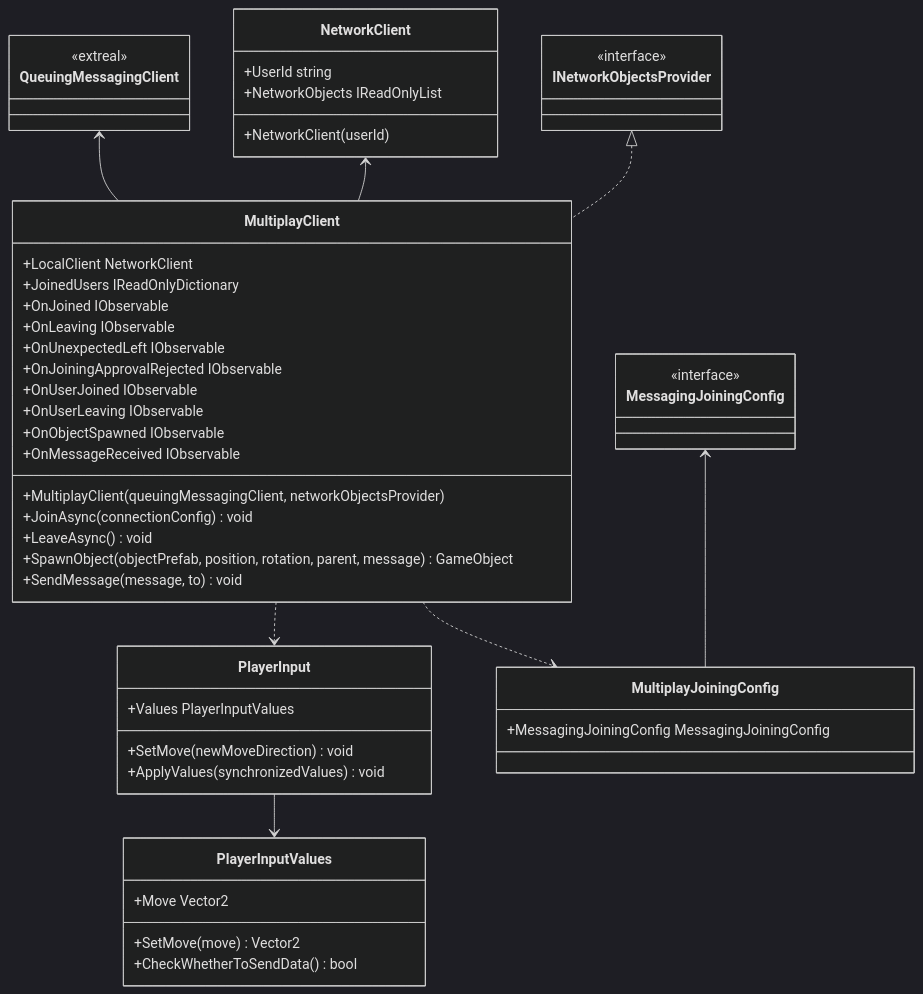
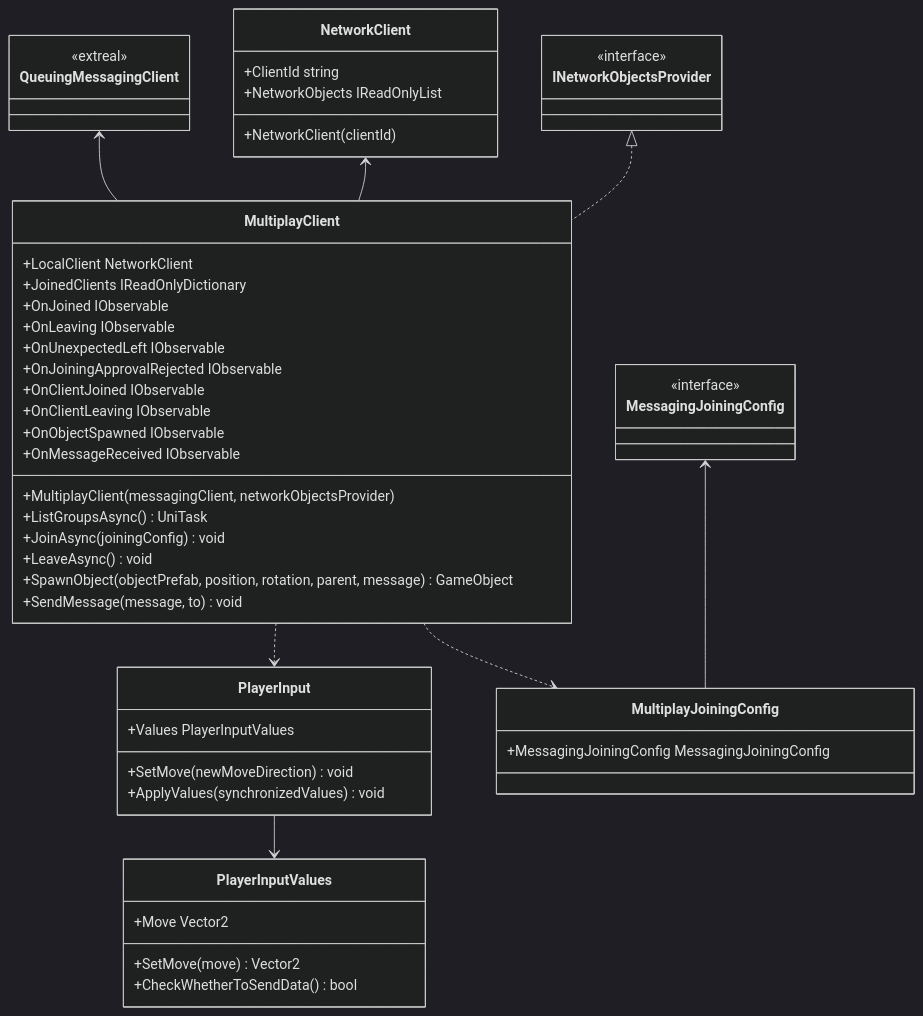
Before and after one commit to extreal-dev/Extreal.Guide: the diagram in docs/integration/multiplay.messaging.md, drawn with Mermaid (dark theme).

Commit message:
Modify "Architecture" in Multiplay

````diff
--- a/docs/integration/multiplay.messaging.md
+++ b/docs/integration/multiplay.messaging.md
@@ -29,66 +29,67 @@
 ```mermaid
 classDiagram
     MultiplayClient ..> PlayerInput
     MultiplayClient ..> MultiplayJoiningConfig
 
     QueuingMessagingClient <-- MultiplayClient
     NetworkClient <-- MultiplayClient
     MessagingJoiningConfig <-- MultiplayJoiningConfig
     INetworkObjectsProvider <|.. MultiplayClient
 
     PlayerInput --> PlayerInputValues
 
     class MultiplayClient {
         +LocalClient NetworkClient
-        +JoinedUsers IReadOnlyDictionary
+        +JoinedClients IReadOnlyDictionary
 
         +OnJoined IObservable
         +OnLeaving IObservable
         +OnUnexpectedLeft IObservable
         +OnJoiningApprovalRejected IObservable
-        +OnUserJoined IObservable
-        +OnUserLeaving IObservable
+        +OnClientJoined IObservable
+        +OnClientLeaving IObservable
         +OnObjectSpawned IObservable
         +OnMessageReceived IObservable
 
-        +MultiplayClient(queuingMessagingClient, networkObjectsProvider)
-        +JoinAsync(connectionConfig) void
+        +MultiplayClient(messagingClient, networkObjectsProvider)
+        +ListGroupsAsync() UniTask
+        +JoinAsync(joiningConfig) void
         +LeaveAsync() void
         +SpawnObject(objectPrefab, position, rotation, parent, message) GameObject
         +SendMessage(message, to) void
     }
 
     class NetworkClient {
-        +UserId string
+        +ClientId string
         +NetworkObjects IReadOnlyList
-        +NetworkClient(userId)
+        +NetworkClient(clientId)
     }
 
     class INetworkObjectsProvider {
         <<interface>>
     }
 
     class QueuingMessagingClient {
         <<extreal>>
     }
 
     class PlayerInput {
         +Values PlayerInputValues
         +SetMove(newMoveDirection) void
         +ApplyValues(synchronizedValues) void
     }
 
     class PlayerInputValues {
         +Move Vector2
         +SetMove(move) Vector2
         +CheckWhetherToSendData() bool
     }
 
     class MultiplayJoiningConfig {
         +MessagingJoiningConfig MessagingJoiningConfig
     }
 
     class MessagingJoiningConfig {
         <<interface>>
     }
 ```
````
